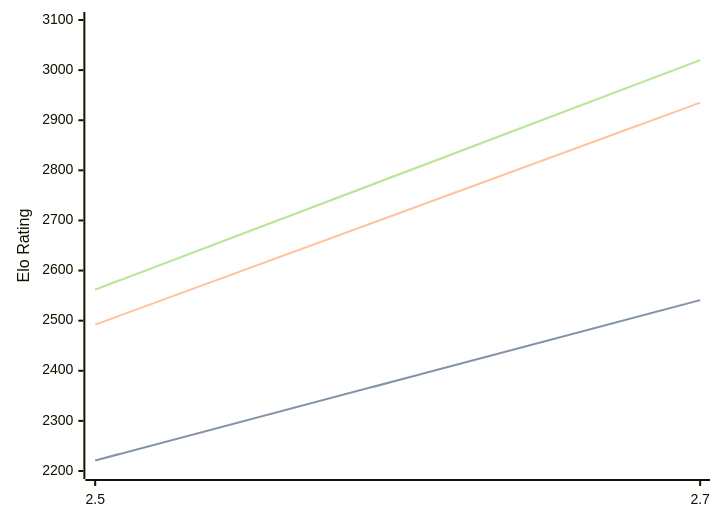
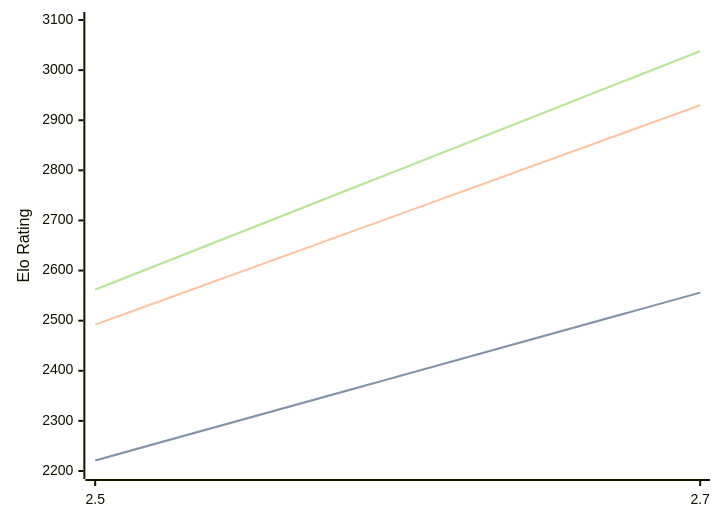
Before and after one commit to computer-chess-index/cci: the diagram in engines/Zevra.md, drawn with Mermaid. The commit also changed other lines of this file, not shown here.

Commit message:
Update CCI Ratings (ELO VLTC) - 2026-09-03

````diff
--- a/engines/Zevra.md
+++ b/engines/Zevra.md
@@ -32,11 +32,11 @@
 ```mermaid
 %%{init: {"theme":"base","themeVariables":{"seriesColors:['#a3a3a3','#222221','#faa371']}}}%%
 xychart-beta
   x-axis ["2.5", "2.7"]
   y-axis "Elo Rating" 2200 --> 3100
-  line "" [2221, 2541]
-  line "STC (8.0+0.08s)" [2221, 2541]
-  line "LTC (60.0+0.60s)" [2492, 2935]
-  line "" [2562, 3020]
-  line "VLTC (2m24s+1.12s)" [2562, 3020]
+  line "" [2221, 2556]
+  line "STC (8.0+0.08s)" [2221, 2556]
+  line "LTC (60.0+0.60s)" [2492, 2930]
+  line "" [2562, 3038]
+  line "VLTC (2m24s+1.12s)" [2562, 3038]
 ```
````
